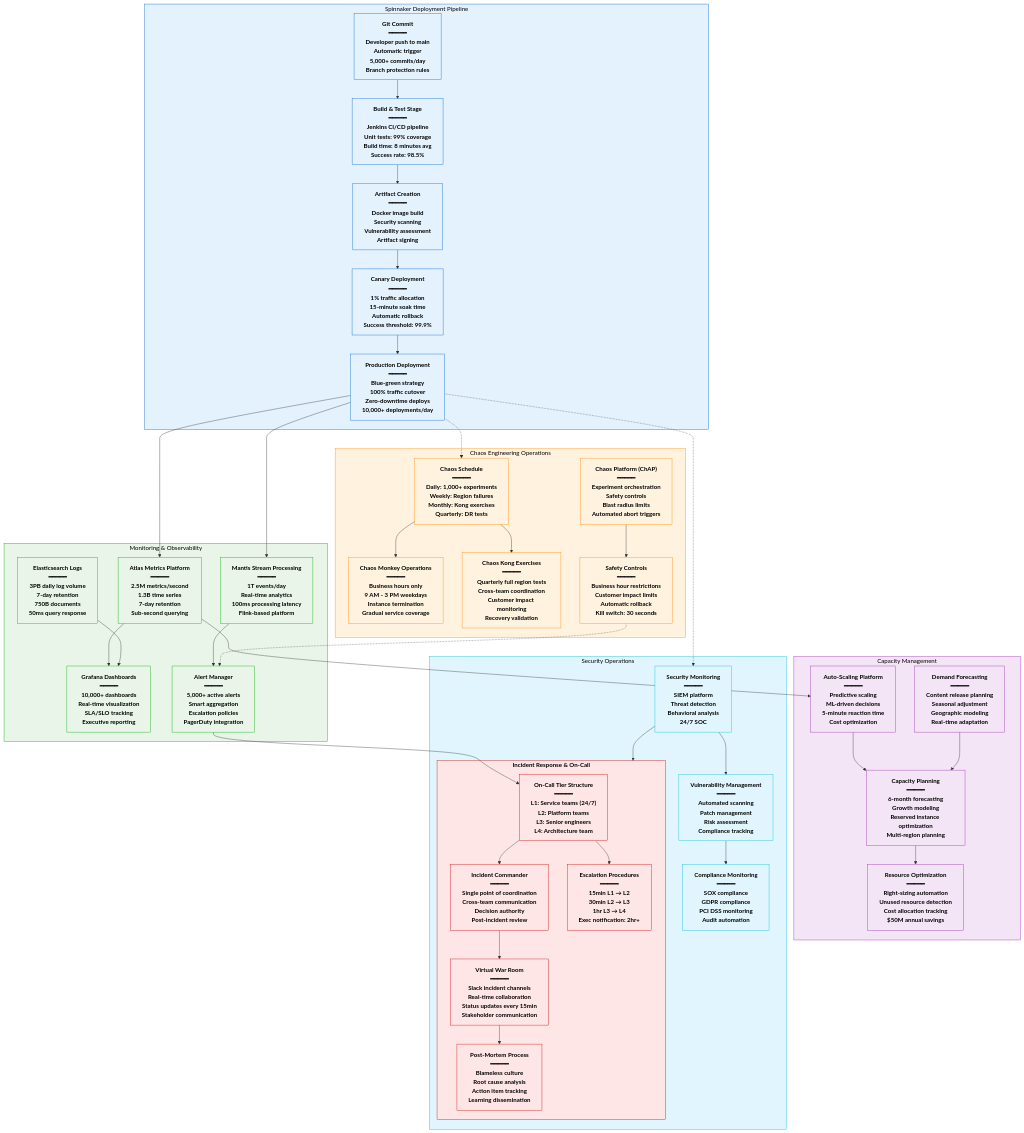
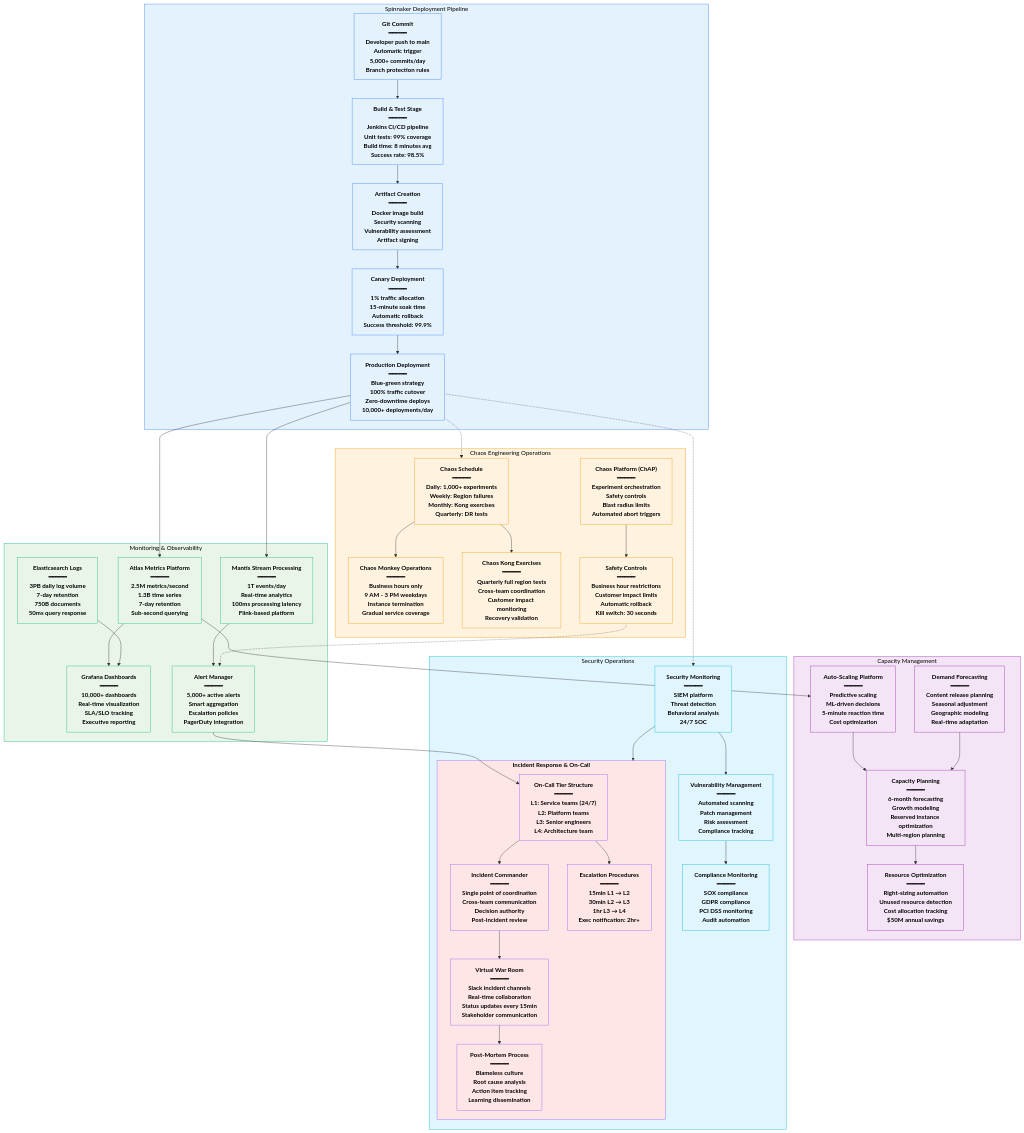
The diagram in site/docs/systems/netflix/production-operations.md (deepaucksharma/DS), drawn with Mermaid before and after one commit. The commit also changed 303 other files, not shown here.

````diff
--- a/site/docs/systems/netflix/production-operations.md
+++ b/site/docs/systems/netflix/production-operations.md
@@ -7,7 +7,7 @@
 ```mermaid
 graph TB
     subgraph DeploymentPipeline["Spinnaker Deployment Pipeline"]
-        style DeploymentPipeline fill:#E3F2FD,stroke:#0066CC,color:#000
+        style DeploymentPipeline fill:#E3F2FD,stroke:#3B82F6,color:#000
 
         GitCommit["Git Commit<br/>━━━━━<br/>Developer push to main<br/>Automatic trigger<br/>5,000+ commits/day<br/>Branch protection rules"]
 
@@ -21,7 +21,7 @@
     end
 
     subgraph MonitoringObservability["Monitoring & Observability"]
-        style MonitoringObservability fill:#E8F5E8,stroke:#00AA00,color:#000
+        style MonitoringObservability fill:#E8F5E8,stroke:#10B981,color:#000
 
         Atlas["Atlas Metrics Platform<br/>━━━━━<br/>2.5M metrics/second<br/>1.3B time series<br/>7-day retention<br/>Sub-second querying"]
 
@@ -35,7 +35,7 @@
     end
 
     subgraph IncidentResponse["Incident Response & On-Call"]
-        style IncidentResponse fill:#FFE6E6,stroke:#CC0000,color:#000
+        style IncidentResponse fill:#FFE6E6,stroke:#8B5CF6,color:#000
 
         OnCallTiers["On-Call Tier Structure<br/>━━━━━<br/>L1: Service teams (24/7)<br/>L2: Platform teams<br/>L3: Senior engineers<br/>L4: Architecture team"]
 
@@ -49,7 +49,7 @@
     end
 
     subgraph ChaosEngineering["Chaos Engineering Operations"]
-        style ChaosEngineering fill:#FFF3E0,stroke:#FF8800,color:#000
+        style ChaosEngineering fill:#FFF3E0,stroke:#F59E0B,color:#000
 
         ChaosSchedule["Chaos Schedule<br/>━━━━━<br/>Daily: 1,000+ experiments<br/>Weekly: Region failures<br/>Monthly: Kong exercises<br/>Quarterly: DR tests"]
 
@@ -126,10 +126,10 @@
     SecurityMonitoring --> IncidentResponse
 
     %% Apply operational colors
-    classDef deployStyle fill:#E3F2FD,stroke:#0066CC,color:#000,font-weight:bold
-    classDef monitorStyle fill:#E8F5E8,stroke:#00AA00,color:#000,font-weight:bold
-    classDef incidentStyle fill:#FFE6E6,stroke:#CC0000,color:#000,font-weight:bold
-    classDef chaosStyle fill:#FFF3E0,stroke:#FF8800,color:#000,font-weight:bold
+    classDef deployStyle fill:#E3F2FD,stroke:#3B82F6,color:#000,font-weight:bold
+    classDef monitorStyle fill:#E8F5E8,stroke:#10B981,color:#000,font-weight:bold
+    classDef incidentStyle fill:#FFE6E6,stroke:#8B5CF6,color:#000,font-weight:bold
+    classDef chaosStyle fill:#FFF3E0,stroke:#F59E0B,color:#000,font-weight:bold
     classDef capacityStyle fill:#F3E5F5,stroke:#9C27B0,color:#000,font-weight:bold
     classDef securityStyle fill:#E1F5FE,stroke:#00BCD4,color:#000,font-weight:bold
 
````
